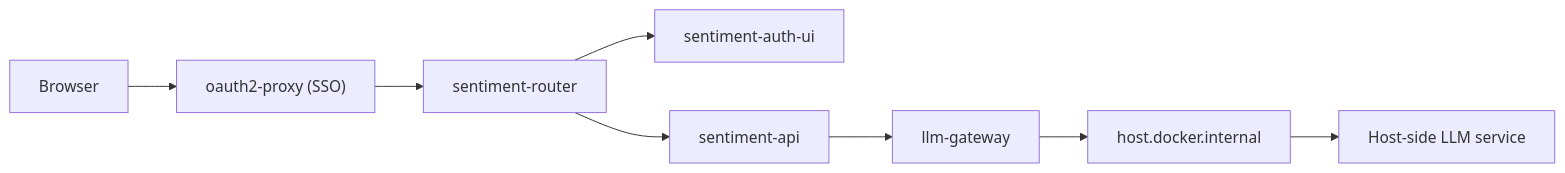
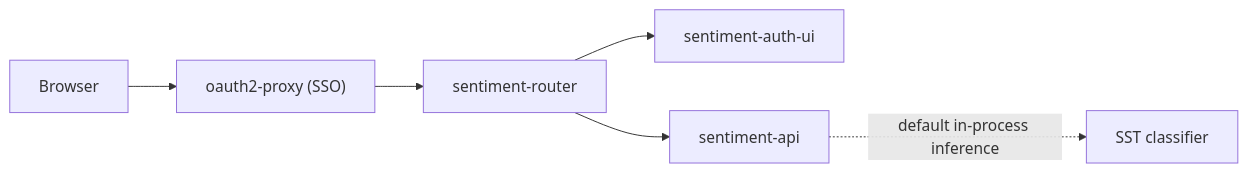
One commit to nickromney/platform changed the second of 3 diagrams in kubernetes/kind/docs/sample-apps.md. Above: the diagram before and after it, drawn with Mermaid. The commit also changed other lines of this file and 176 other files, not shown here.

First line of the commit message:
Document sentiment architecture flow updates (#9)

````diff
--- a/kubernetes/kind/docs/sample-apps.md
+++ b/kubernetes/kind/docs/sample-apps.md
@@ -48,10 +50,8 @@
 ```mermaid
 flowchart LR
     user["Browser"] --> sso["oauth2-proxy (SSO)"]
     sso --> router["sentiment-router"]
     router --> fe["sentiment-auth-ui"]
     router --> api["sentiment-api"]
-    api --> broker["llm-gateway"]
-    broker --> host["host.docker.internal"]
-    host --> ext["Host-side LLM service"]
+    api -. "default in-process inference" .-> sst["SST classifier"]
 ```
````
